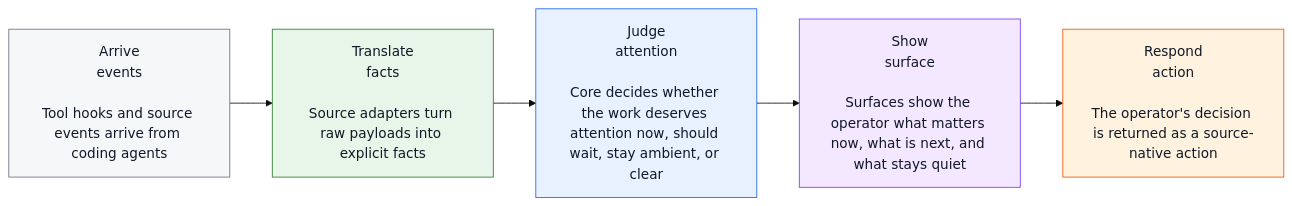
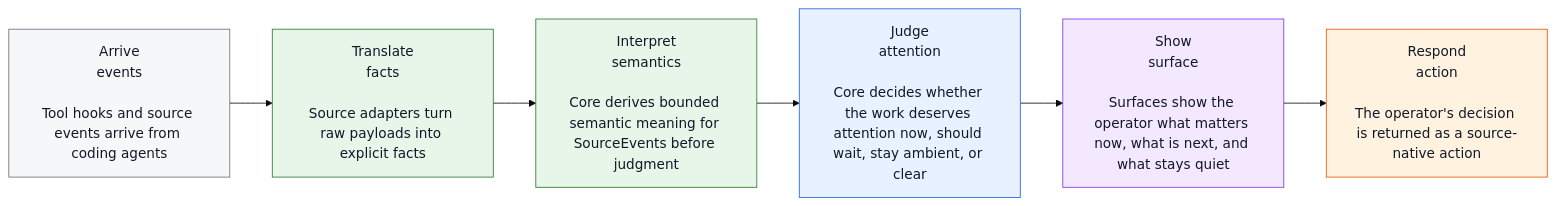
The first of 4 diagrams in docs/product/architecture-overview.md (tomismeta/aperture), drawn with Mermaid (base theme) before and after one commit. The commit also changed other lines of this file and 23 other files, not shown here.

````diff
--- a/docs/product/architecture-overview.md
+++ b/docs/product/architecture-overview.md
@@ -143,22 +144,24 @@
 ```mermaid
 flowchart LR
   A["Arrive<br/>events<br/><br/>Tool hooks and source events arrive from coding agents"]
   T["Translate<br/>facts<br/><br/>Source adapters turn raw payloads into explicit facts"]
+  I["Interpret<br/>semantics<br/><br/>Core derives bounded semantic meaning for SourceEvents before judgment"]
   J["Judge<br/>attention<br/><br/>Core decides whether the work deserves attention now, should wait, stay ambient, or clear"]
   S["Show<br/>surface<br/><br/>Surfaces show the operator what matters now, what is next, and what stays quiet"]
   R["Respond<br/>action<br/><br/>The operator's decision is returned as a source-native action"]
 
-  A --> T --> J --> S --> R
+  A --> T --> I --> J --> S --> R
 
   classDef source fill:#f6f7f8,stroke:#6b7280,color:#111827;
   classDef semantics fill:#e8f5e9,stroke:#2e7d32,color:#111827;
   classDef judgment fill:#e8f1ff,stroke:#2563eb,color:#111827;
   classDef state fill:#f3e8ff,stroke:#7c3aed,color:#111827;
   classDef egress fill:#fff3e0,stroke:#ea580c,color:#111827;
 
   class A source;
   class T semantics;
+  class I semantics;
   class J judgment;
   class S state;
   class R egress;
 ```
````
